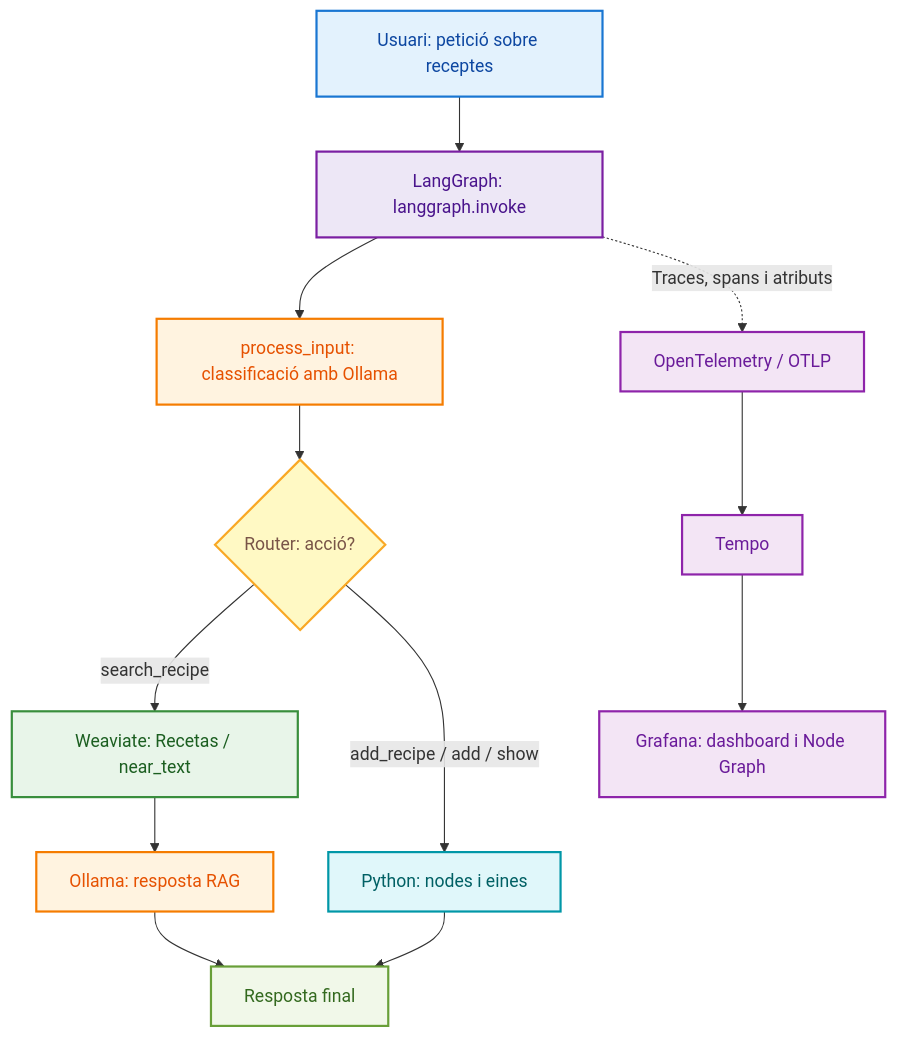
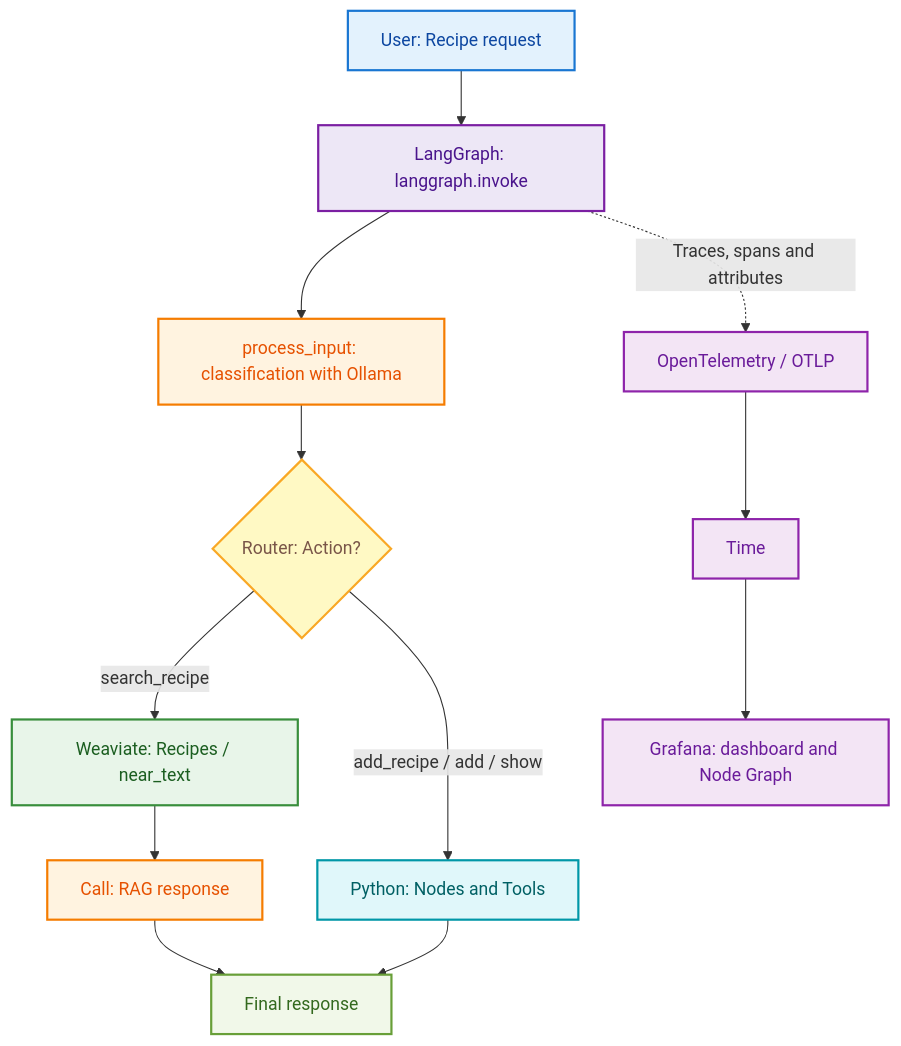
Diagram 14 of 15 in AI_Observability/docs/08_examples.md (eetac/Visual_tools_for_AI), drawn with Mermaid before and after one commit. The commit also changed other lines of this file and 31 other files, not shown here.

````diff
--- a/AI_Observability/docs/08_examples.md
+++ b/AI_Observability/docs/08_examples.md
@@ -1607,37 +1607,37 @@
 ```mermaid
 flowchart TD
-    U["Usuari: petició sobre receptes"] --> G["LangGraph: langgraph.invoke"]
-    G --> P["process_input: classificació amb Ollama"]
-    P --> R{"Router: acció?"}
+    U["User: Recipe request"] --> G["LangGraph: langgraph.invoke"]
+    G --> P["process_input: classification with Ollama"]
+    P --> R{"Router: Action?"}
 
-    R -->|search_recipe| W["Weaviate: Recetas / near_text"]
-    W --> L["Ollama: resposta RAG"]
-    L --> F["Resposta final"]
+    R -->|search_recipe| W["Weaviate: Recipes / near_text"]
+    W --> L["Call: RAG response"]
+    L --> F["Final response"]
 
-    R -->|add_recipe / add / show| T["Python: nodes i eines"]
+    R -->|add_recipe / add / show| T["Python: Nodes and Tools"]
     T --> F
 
-    G -. "Traces, spans i atributs" .-> OT["OpenTelemetry / OTLP"]
-    OT --> TP["Tempo"]
-    TP --> GR["Grafana: dashboard i Node Graph"]
+    G -. "Traces, spans and attributes" .-> OT["OpenTelemetry / OTLP"]
+    OT --> TP["Time"]
+    TP --> GR["Grafana: dashboard and Node Graph"]
 
-    %% ESTILS
+    %% STYLES
     classDef usuari fill:#E3F2FD,stroke:#1976D2,stroke-width:2px,color:#0D47A1
     classDef langgraph fill:#EDE7F6,stroke:#7B1FA2,stroke-width:2px,color:#4A148C
     classDef llm fill:#FFF3E0,stroke:#F57C00,stroke-width:2px,color:#E65100
     classDef router fill:#FFF9C4,stroke:#F9A825,stroke-width:2px,color:#795548
     classDef weaviate fill:#E8F5E9,stroke:#388E3C,stroke-width:2px,color:#1B5E20
     classDef python fill:#E0F7FA,stroke:#0097A7,stroke-width:2px,color:#006064
     classDef resposta fill:#F1F8E9,stroke:#689F38,stroke-width:2px,color:#33691E
     classDef observabilitat fill:#F3E5F5,stroke:#8E24AA,stroke-width:2px,color:#6A1B9A
 
-    %% ASSIGNACIÓ DE COLORS
+    %% COLOR ASSIGNMENT
     class U usuari
     class G langgraph
     class P,L llm
     class R router
     class W weaviate
     class T python
     class F resposta
     class OT,TP,GR observabilitat
 ```
````
